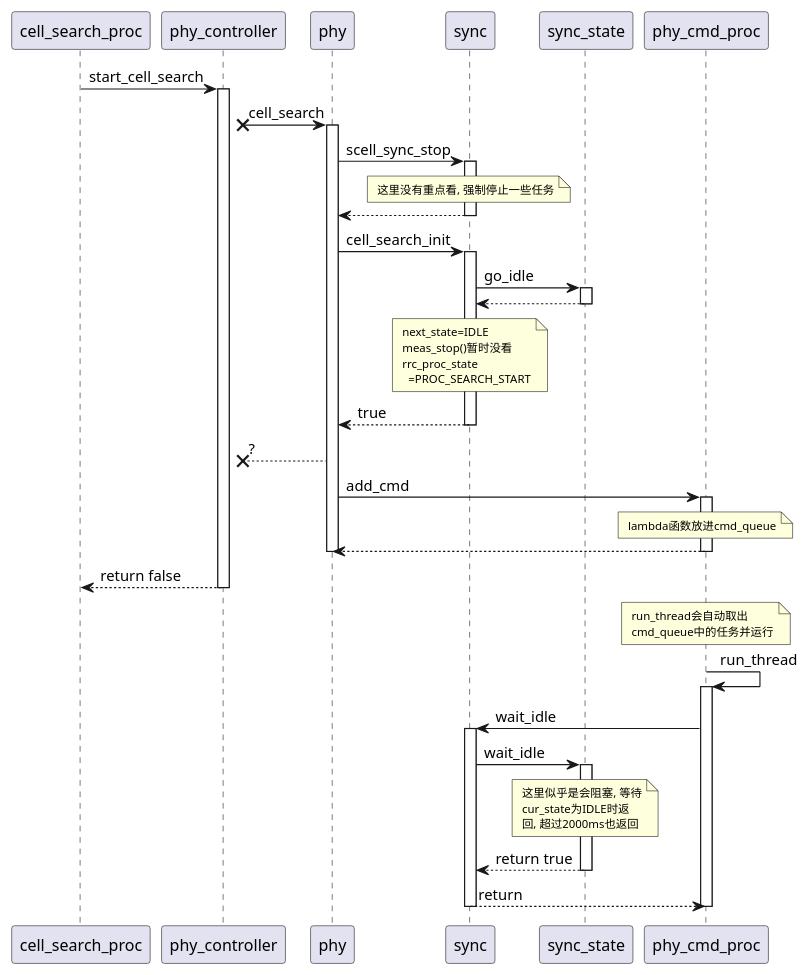
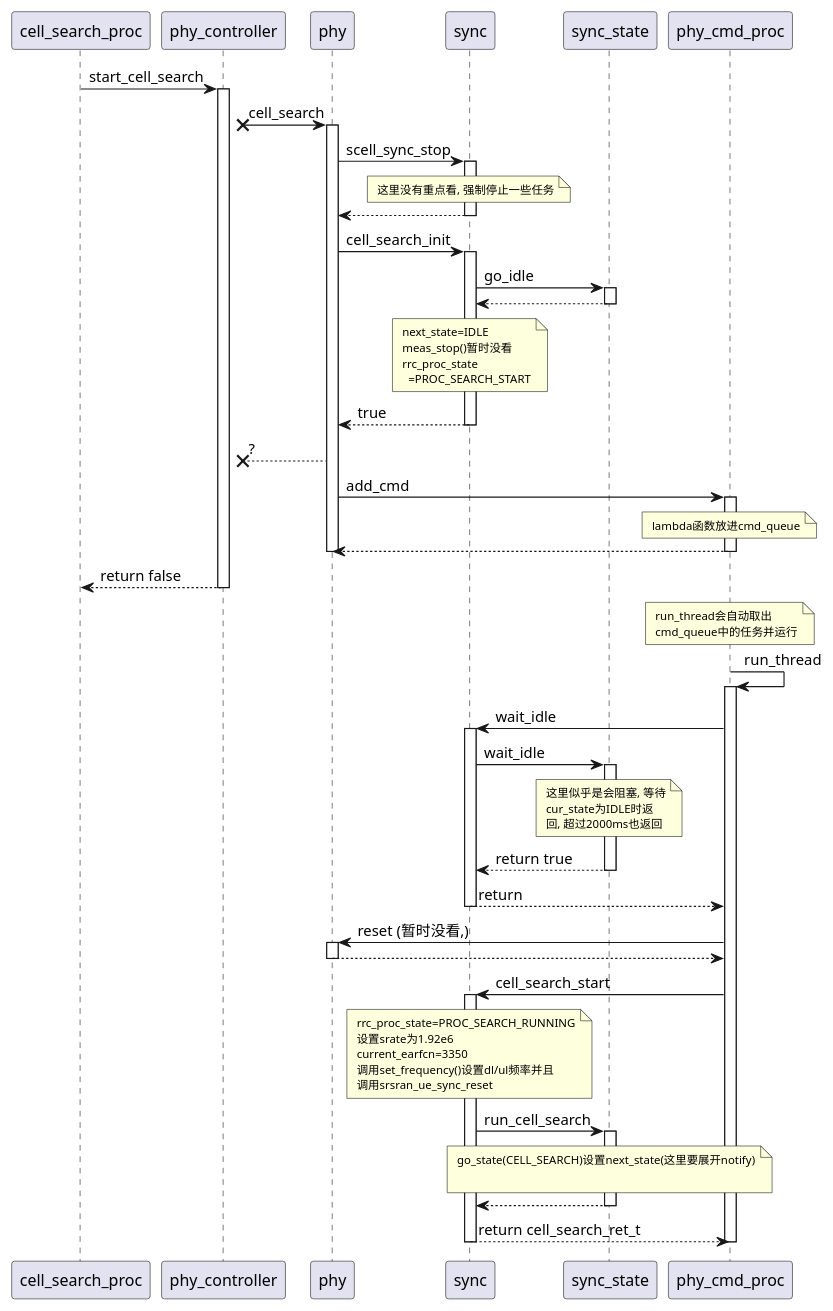
One commit to caizr/srsRAN_4G_learn changed the diagram in srsue/src/phy/cell_search.puml. Above: the diagram before and after it, drawn with PlantUML.

Commit message:
update cell_search uml

```diff
--- a/srsue/src/phy/cell_search.puml
+++ b/srsue/src/phy/cell_search.puml
@@ -1,72 +1,96 @@
 @startuml
 cell_search_proc -> phy_controller:start_cell_search
 participant phy
 participant sync
 activate phy_controller
     phy_controller x->phy:cell_search
     activate phy
         phy->sync:scell_sync_stop
         activate sync
             note over sync
                 <size:10> 这里没有重点看, 强制停止一些任务
             end note
             sync --> phy
         deactivate sync
         ''' TODO: 需要补充stop的事情
         phy->sync:cell_search_init
         activate sync
             sync -> sync_state:go_idle
             activate sync_state
             sync_state-->sync
             deactivate sync_state
             note over sync
                 <size:10> next_state=IDLE
                 <size:10> meas_stop()暂时没看
                 <size:10> rrc_proc_state
                 <size:10>   =PROC_SEARCH_START
             end note
             sync-->phy:true
         deactivate sync
     phy -->x phy_controller:?
 
     phy->phy_cmd_proc:add_cmd
     activate phy_cmd_proc
         note over phy_cmd_proc
             <size:10> lambda函数放进cmd_queue
         end note
 
     phy_cmd_proc-->phy
     deactivate phy_cmd_proc
     deactivate phy
 phy_controller-->cell_search_proc:return false
 deactivate phy_controller
 
 '''
 note over phy_cmd_proc
     <size:10> run_thread会自动取出
     <size:10> cmd_queue中的任务并运行
 end note
 
 phy_cmd_proc->phy_cmd_proc:run_thread
 activate phy_cmd_proc
 phy_cmd_proc -> sync:wait_idle
     activate sync
         sync->sync_state:wait_idle
         activate sync_state
             note over sync_state
                 <size:10> 这里似乎是会阻塞, 等待
                 <size:10> cur_state为IDLE时返
                 <size:10> 回, 超过2000ms也返回
             end note
 
             sync_state-->sync:return true
         deactivate sync_state
 
         sync-->phy_cmd_proc:return
     deactivate sync
+
+    phy_cmd_proc->phy:reset (暂时没看,)
+    activate phy
+        phy-->phy_cmd_proc
+    deactivate phy
+    phy_cmd_proc->sync:cell_search_start
+    activate sync
+        note over sync
+            <size:10> rrc_proc_state=PROC_SEARCH_RUNNING
+            <size:10> 设置srate为1.92e6
+            <size:10> current_earfcn=3350
+            <size:10> 调用set_frequency()设置dl/ul频率并且
+            <size:10> 调用srsran_ue_sync_reset
+        end note
+        sync->sync_state:run_cell_search
+        activate sync_state
+            note over sync_state
+                <size:10> go_state(CELL_SEARCH)设置next_state(这里要展开notify)
+                <size:10>
+            end note
+            sync_state-->sync
+        deactivate sync_state
+        sync --> phy_cmd_proc:return cell_search_ret_t
+    deactivate sync
 deactivate phy_cmd_proc
 
 
 
 
 @enduml
```
